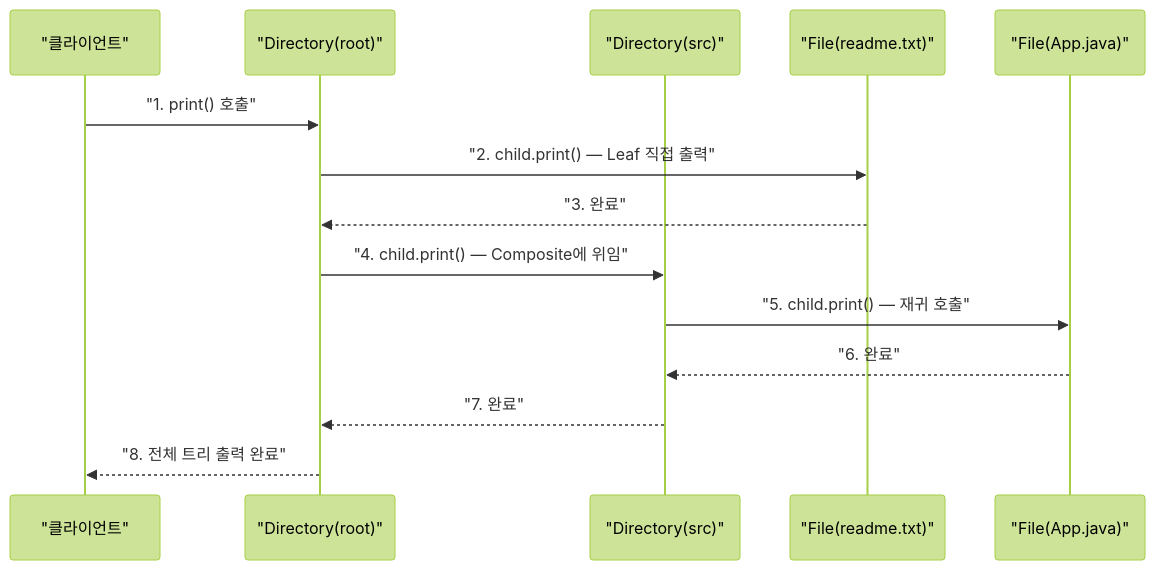
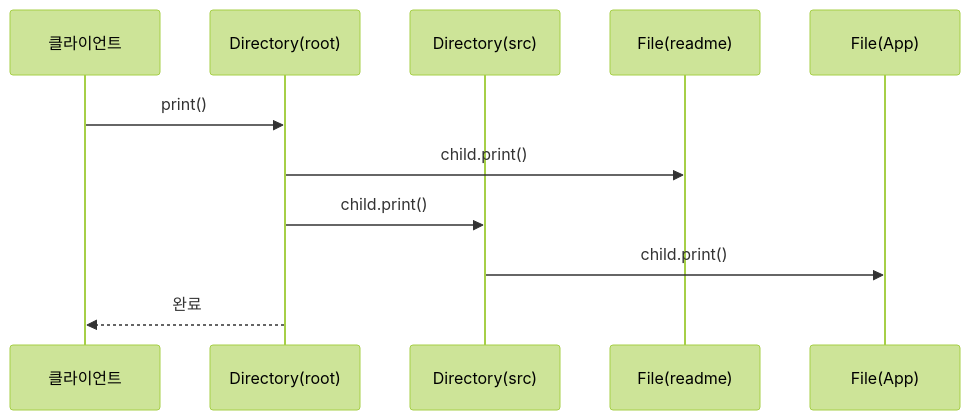
One commit to yjkim2015/yjkim2015.github.io changed the second of 2 diagrams in _posts/designPattern/2022-01-20-CompositePattern.md. Above: the diagram before and after it, drawn with Mermaid (forest theme). The commit also changed other lines of this file and 215 other files, not shown here.

First line of the commit message:
신규 포스트 10개 추가 + Mermaid 전면 축소 + SystemDesign 시리즈 보강

````diff
--- a/_posts/designPattern/2022-01-20-CompositePattern.md
+++ b/_posts/designPattern/2022-01-20-CompositePattern.md
@@ -278,17 +263,13 @@
 ```mermaid
 sequenceDiagram
-    participant C as "클라이언트"
-    participant R as "Directory(root)"
-    participant D as "Directory(src)"
-    participant F1 as "File(readme.txt)"
-    participant F2 as "File(App.java)"
-
-    C->>R: "1. print() 호출"
-    R->>F1: "2. child.print() — Leaf 직접 출력"
-    F1-->>R: "3. 완료"
-    R->>D: "4. child.print() — Composite에 위임"
-    D->>F2: "5. child.print() — 재귀 호출"
-    F2-->>D: "6. 완료"
-    D-->>R: "7. 완료"
-    R-->>C: "8. 전체 트리 출력 완료"
+    participant C as 클라이언트
+    participant R as Directory(root)
+    participant D as Directory(src)
+    participant F1 as File(readme)
+    participant F2 as File(App)
+    C->>R: print()
+    R->>F1: child.print()
+    R->>D: child.print()
+    D->>F2: child.print()
+    R-->>C: 완료
 ```
````
